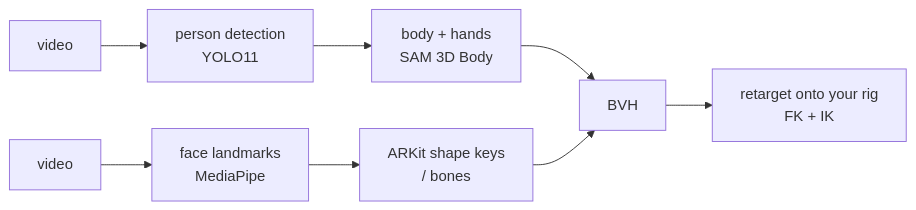
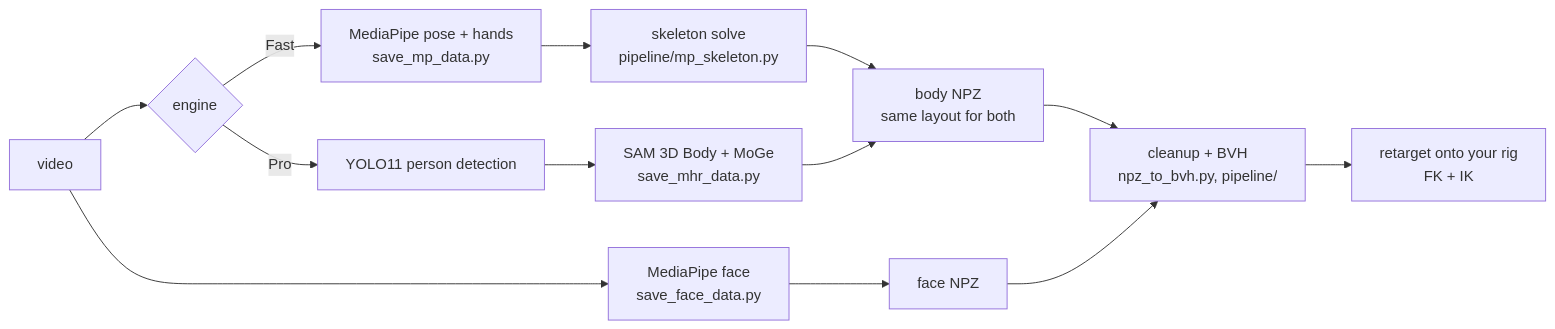
The diagram in README.md (sakthiveltofficial/open-mocap), drawn with Mermaid before and after one commit. The commit also changed other lines of this file and 18 other files, not shown here.

````diff
--- a/README.md
+++ b/README.md
@@ -110,6 +113,12 @@
 ```mermaid
 flowchart LR
-    V1[video] --> Y[person detection<br/>YOLO11] --> S[body + hands<br/>SAM 3D Body] --> BVH[BVH]
-    V2[video] --> M[face landmarks<br/>MediaPipe] --> AK[ARKit shape keys<br/>/ bones] --> BVH
-    BVH --> R[retarget onto your rig<br/>FK + IK]
+    V[video] --> E{engine}
+    E -- Fast --> MP[MediaPipe pose + hands<br/>save_mp_data.py] --> SK[skeleton solve<br/>pipeline/mp_skeleton.py]
+    E -- Pro --> Y[YOLO11 person detection] --> S[SAM 3D Body + MoGe<br/>save_mhr_data.py]
+    SK --> NPZ[body NPZ<br/>same layout for both]
+    S --> NPZ
+    V --> F[MediaPipe face<br/>save_face_data.py] --> NPZ2[face NPZ]
+    NPZ --> P[cleanup + BVH<br/>npz_to_bvh.py, pipeline/]
+    NPZ2 --> P
+    P --> R[retarget onto your rig<br/>FK + IK]
 ```
````
